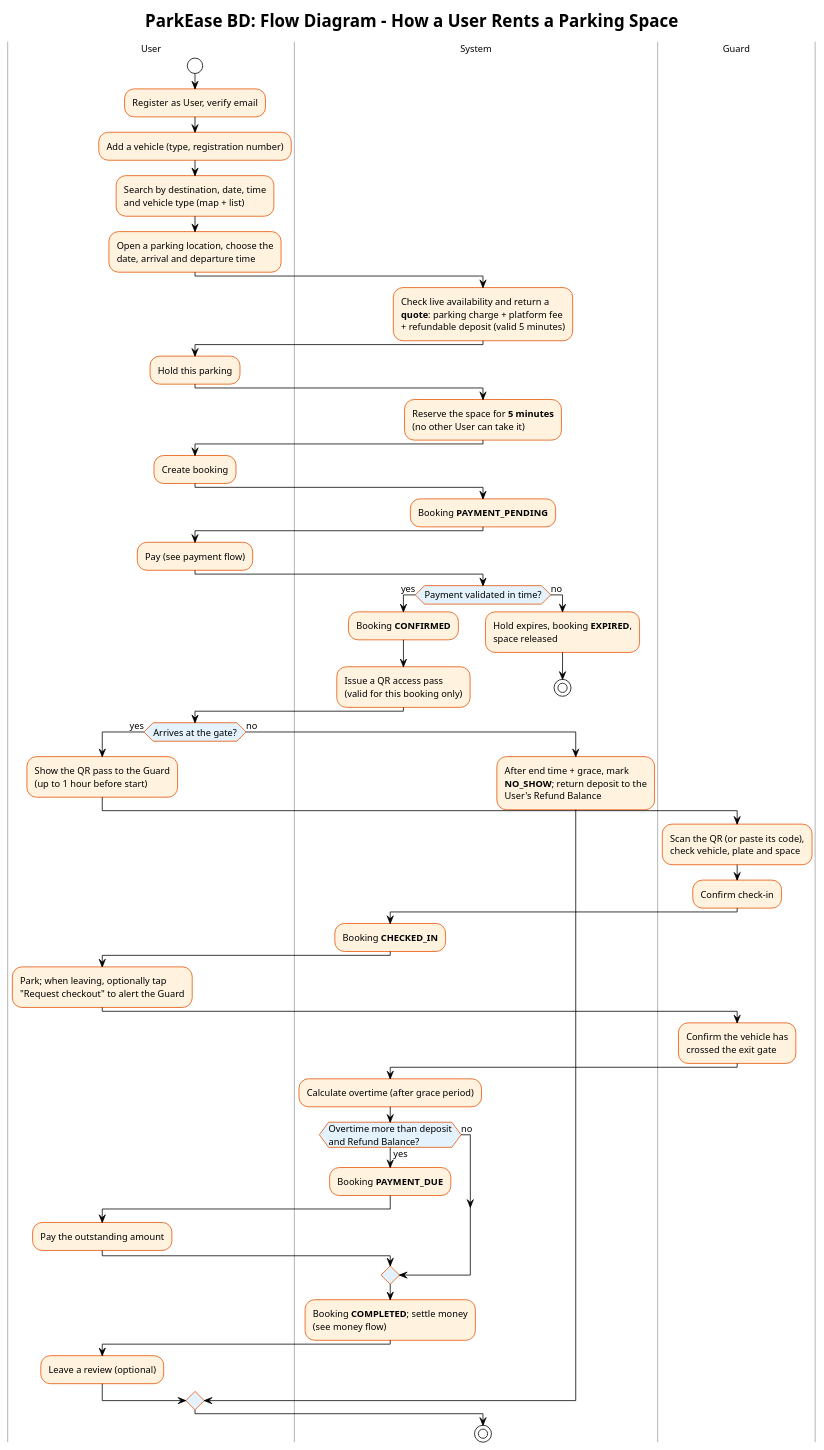
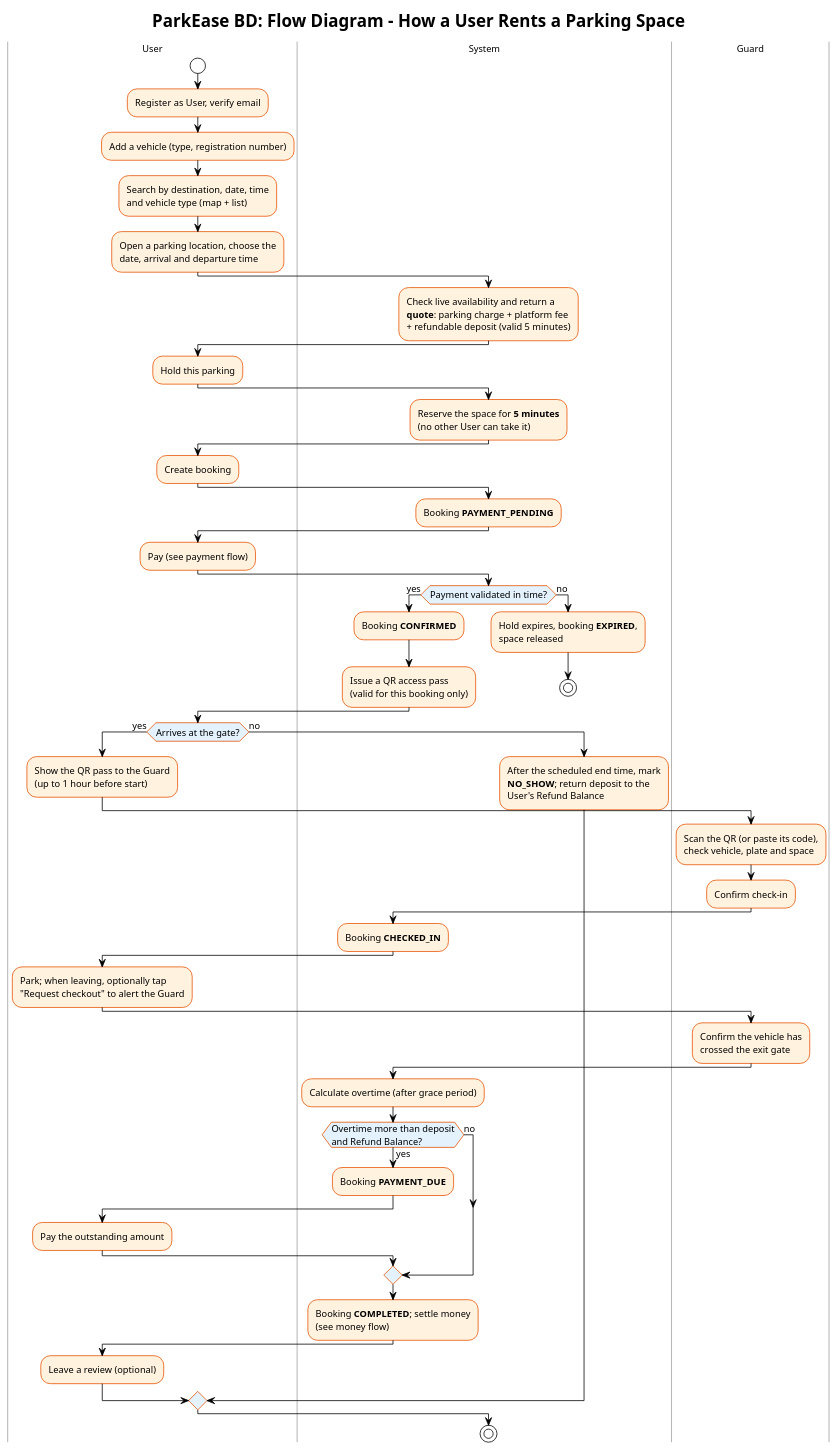
The diagram in docs/diagrams/flow-user-rental.puml (0xFaysal/se-lab-wake-up-to-reality), drawn with PlantUML before and after one commit. The commit also changed 1 other file, not shown here.

Commit message:
docs(diagrams): mark no-show at the scheduled end in the rental flow

```diff
--- a/docs/diagrams/flow-user-rental.puml
+++ b/docs/diagrams/flow-user-rental.puml
@@ -1,91 +1,91 @@
 @startuml flow-user-rental
 !theme plain
 title ParkEase BD: Flow Diagram - How a User Rents a Parking Space
 
 skinparam backgroundColor white
 skinparam shadowing false
 skinparam defaultFontSize 12
 skinparam activity {
   BackgroundColor #FFF3E0
   BorderColor #E65100
   DiamondBackgroundColor #E3F2FD
 }
 skinparam swimlane {
   BorderColor #9E9E9E
 }
 
 |User|
 start
 :Register as User, verify email;
 :Add a vehicle (type, registration number);
 :Search by destination, date, time
 and vehicle type (map + list);
 :Open a parking location, choose the
 date, arrival and departure time;
 
 |System|
 :Check live availability and return a
 **quote**: parking charge + platform fee
 + refundable deposit (valid 5 minutes);
 
 |User|
 :Hold this parking;
 |System|
 :Reserve the space for **5 minutes**
 (no other User can take it);
 |User|
 :Create booking;
 |System|
 :Booking **PAYMENT_PENDING**;
 
 |User|
 :Pay (see payment flow);
 |System|
 if (Payment validated in time?) then (yes)
   :Booking **CONFIRMED**;
   :Issue a QR access pass
   (valid for this booking only);
 else (no)
   :Hold expires, booking **EXPIRED**,
   space released;
   stop
 endif
 
 |User|
 if (Arrives at the gate?) then (yes)
   :Show the QR pass to the Guard
 (up to 1 hour before start);
   |Guard|
   :Scan the QR (or paste its code),
   check vehicle, plate and space;
   :Confirm check-in;
   |System|
   :Booking **CHECKED_IN**;
   |User|
   :Park; when leaving, optionally tap
   "Request checkout" to alert the Guard;
   |Guard|
   :Confirm the vehicle has
   crossed the exit gate;
   |System|
   :Calculate overtime (after grace period);
   if (Overtime more than deposit\nand Refund Balance?) then (yes)
     :Booking **PAYMENT_DUE**;
     |User|
     :Pay the outstanding amount;
     |System|
   else (no)
   endif
   :Booking **COMPLETED**; settle money
   (see money flow);
   |User|
   :Leave a review (optional);
 else (no)
   |System|
-  :After end time + grace, mark
+  :After the scheduled end time, mark
   **NO_SHOW**; return deposit to the
   User's Refund Balance;
 endif
 stop
 
 @enduml
```
